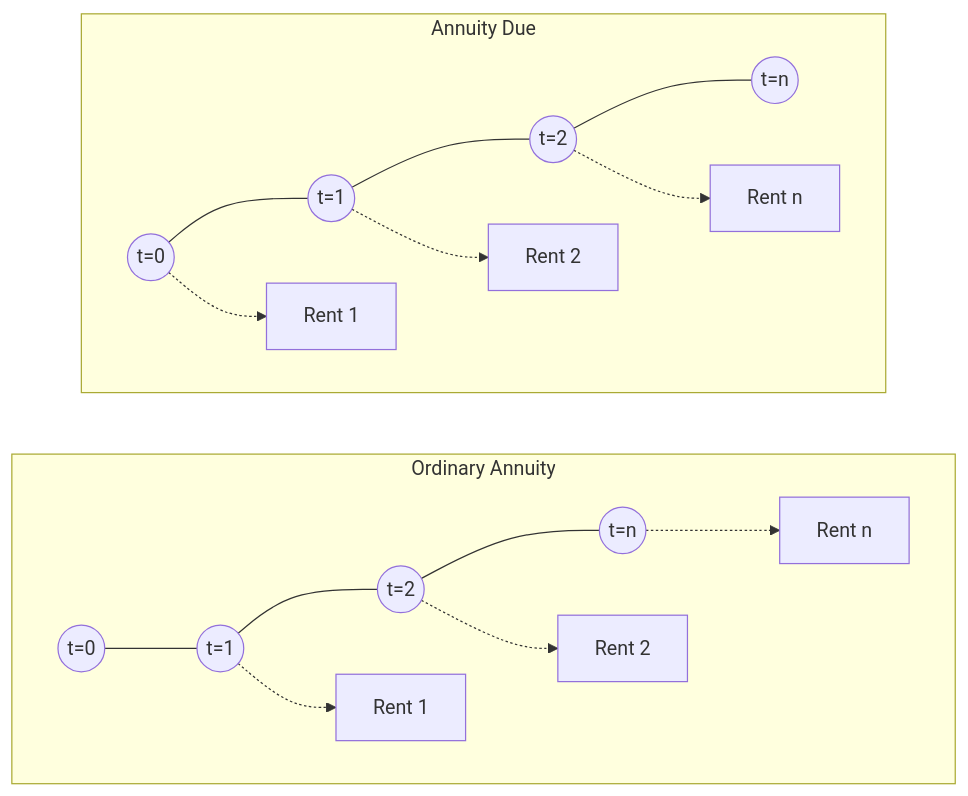
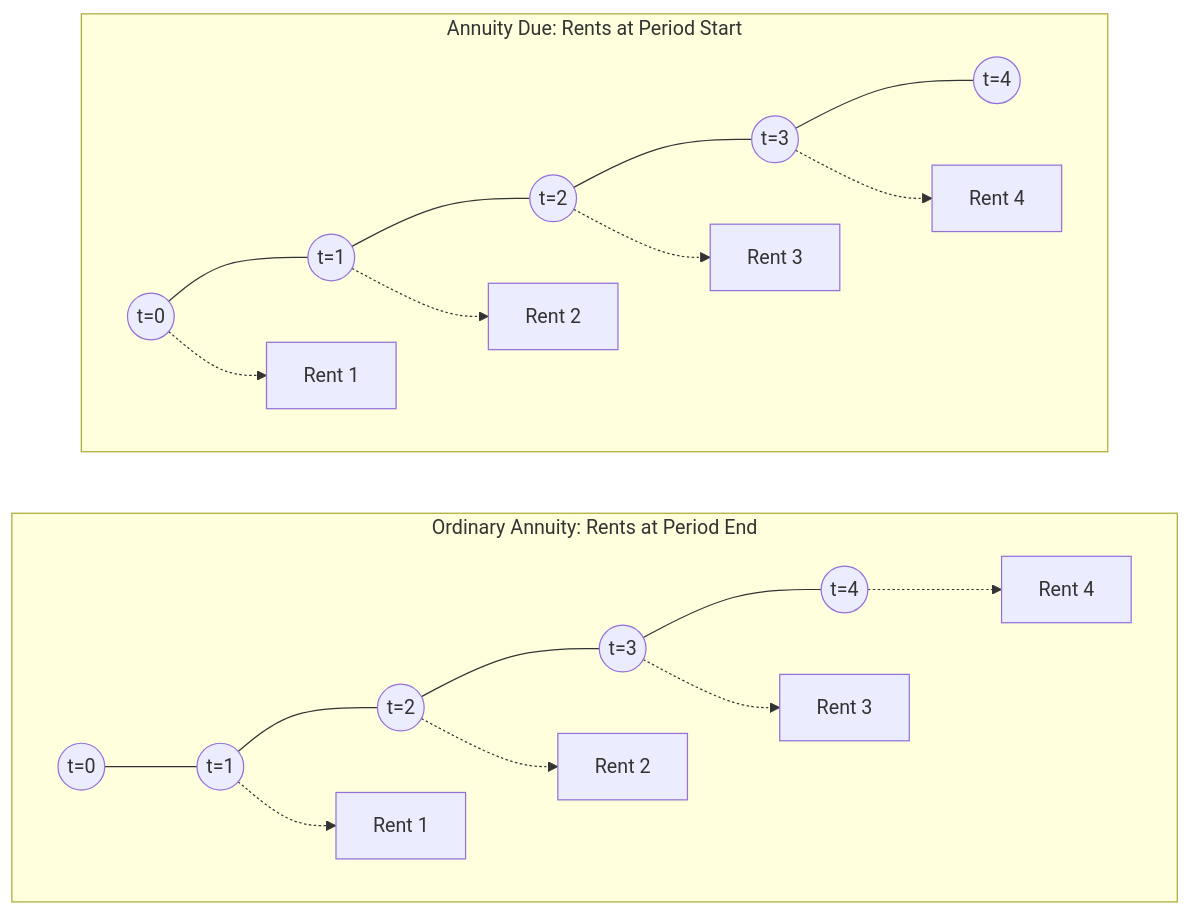
The diagram in note-res/ai-comprehension/acc-301-intermediate-accounting/phase-1/acc-301-notes-step-4.md (Soohaeib/shared-obsidian-notes), drawn with Mermaid before and after one commit. The commit also changed other lines of this file and 12 other files, not shown here.

````diff
--- a/note-res/ai-comprehension/acc-301-intermediate-accounting/phase-1/acc-301-notes-step-4.md
+++ b/note-res/ai-comprehension/acc-301-intermediate-accounting/phase-1/acc-301-notes-step-4.md
@@ -180,21 +136,25 @@
 ```mermaid
 flowchart LR
-    subgraph Ordinary Annuity
+    subgraph Ordinary Annuity [Ordinary Annuity: Rents at Period End]
         direction LR
         T0((t=0)) --- T1((t=1))
         T1 --- T2((t=2))
-        T2 --- T3((t=n))
+        T2 --- T3((t=3))
+        T3 --- T4((t=4))
         T1 -.-> R1[Rent 1]
         T2 -.-> R2[Rent 2]
-        T3 -.-> R3[Rent n]
+        T3 -.-> R3[Rent 3]
+        T4 -.-> R4[Rent 4]
     end
-    subgraph Annuity Due
+    subgraph Annuity Due [Annuity Due: Rents at Period Start]
         direction LR
         t0((t=0)) --- t1((t=1))
         t1 --- t2((t=2))
-        t2 --- t3((t=n))
+        t2 --- t3((t=3))
+        t3 --- t4((t=4))
         t0 -.-> r1[Rent 1]
         t1 -.-> r2[Rent 2]
-        t2 -.-> r3[Rent n]
+        t2 -.-> r3[Rent 3]
+        t3 -.-> r4[Rent 4]
     end
 ```
````
